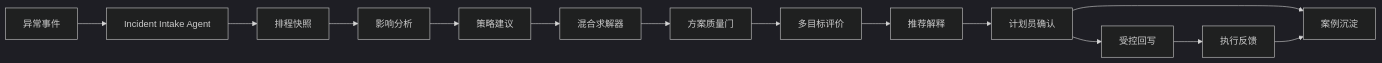
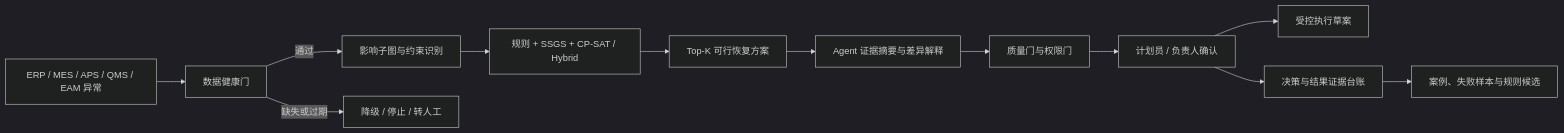
One commit to eulalee001020-star/reorch-zhice changed the diagram in README.md. Above: the diagram before and after it, drawn with Mermaid (dark theme). The commit also changed other lines of this file and 767 other files, not shown here.

````diff
--- a/README.md
+++ b/README.md
@@ -198,16 +38,14 @@
 ```mermaid
 flowchart LR
-  Incident["异常事件"] --> Intake["Incident Intake Agent"]
-  Intake --> Snapshot["排程快照"]
-  Snapshot --> Impact["影响分析"]
-  Impact --> Strategy["策略建议"]
-  Strategy --> Solver["混合求解器"]
-  Solver --> Gate["方案质量门"]
-  Gate --> Eval["多目标评价"]
-  Eval --> Explain["推荐解释"]
-  Explain --> Confirm["计划员确认"]
-  Confirm --> Writeback["受控回写"]
-  Confirm --> Case["案例沉淀"]
-  Writeback --> Feedback["执行反馈"]
-  Feedback --> Case
+  Event["ERP / MES / APS / QMS / EAM 异常"] --> DataGate["数据健康门"]
+  DataGate -->|通过| Impact["影响子图与约束识别"]
+  DataGate -->|缺失或过期| Fallback["降级 / 停止 / 转人工"]
+  Impact --> Solver["规则 + SSGS + CP-SAT / Hybrid"]
+  Solver --> Portfolio["Top-K 可行恢复方案"]
+  Portfolio --> Agent["Agent 证据摘要与差异解释"]
+  Agent --> Gate["质量门与权限门"]
+  Gate --> Confirm["计划员 / 负责人确认"]
+  Confirm --> Draft["受控执行草案"]
+  Confirm --> Ledger["决策与结果证据台账"]
+  Ledger --> Memory["案例、失败样本与规则候选"]
 ```
````
